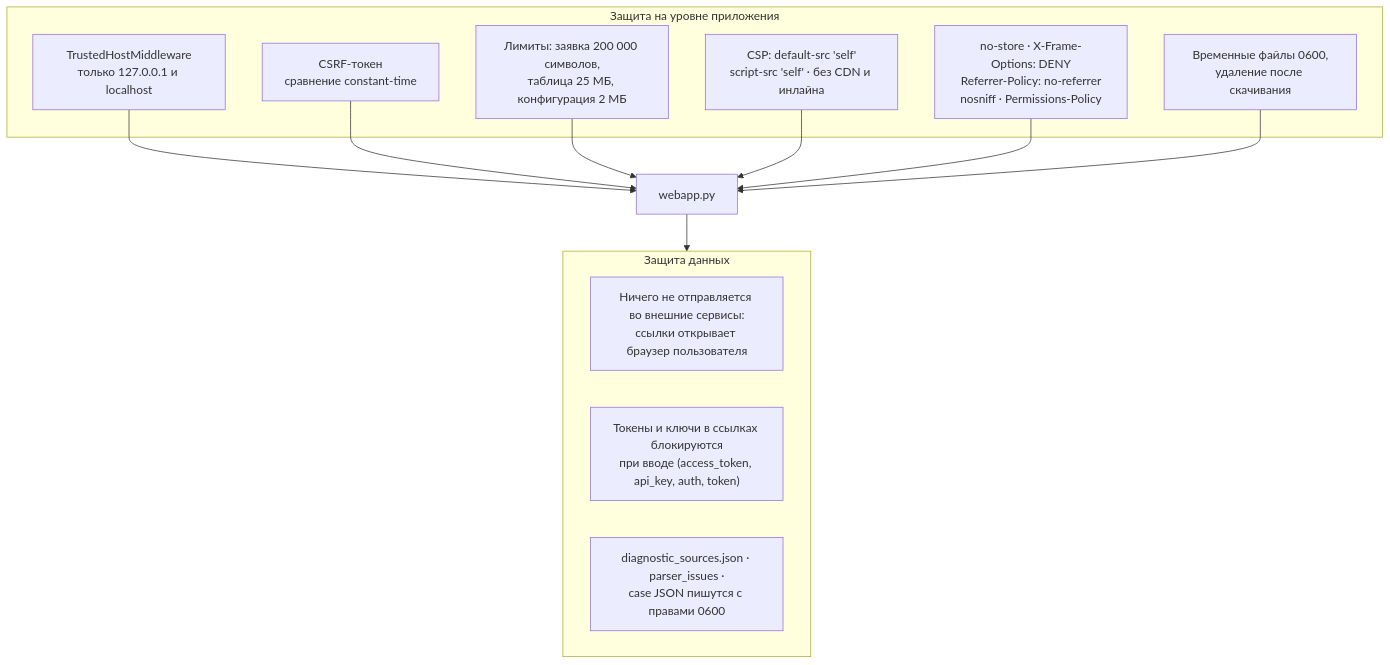
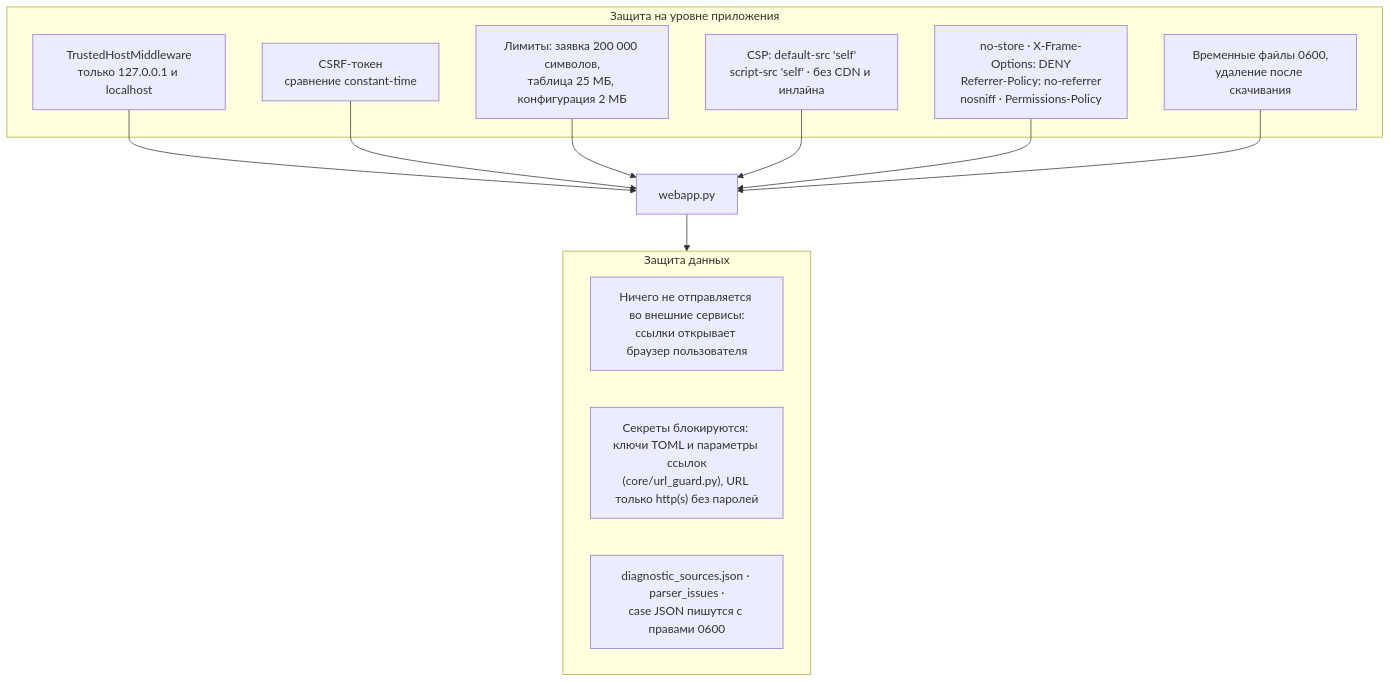
One commit to shifter1710/l2tool changed diagram 11 of 12 in docs/ARCHITECTURE.md. Above: the diagram before and after it, drawn with Mermaid. The commit also changed other lines of this file and 10 other files, not shown here.

````diff
--- a/docs/ARCHITECTURE.md
+++ b/docs/ARCHITECTURE.md
@@ -502,25 +510,25 @@
 ```mermaid
 flowchart TB
     subgraph guard["Защита на уровне приложения"]
         host["TrustedHostMiddleware<br/>только 127.0.0.1 и localhost"]
         csrf["CSRF-токен<br/>сравнение constant-time"]
         limits["Лимиты: заявка 200 000 символов,<br/>таблица 25 МБ, конфигурация 2 МБ"]
         csp["CSP: default-src 'self'<br/>script-src 'self' · без CDN и инлайна"]
         headers["no-store · X-Frame-Options: DENY<br/>Referrer-Policy: no-referrer<br/>nosniff · Permissions-Policy"]
         tmp["Временные файлы 0600,<br/>удаление после скачивания"]
     end
 
     subgraph data["Защита данных"]
         local["Ничего не отправляется во внешние сервисы:<br/>ссылки открывает браузер пользователя"]
-        secrets["Токены и ключи в ссылках блокируются<br/>при вводе (access_token, api_key, auth, token)"]
+        secrets["Секреты блокируются: ключи TOML и параметры ссылок<br/>(core/url_guard.py), URL только http(s) без паролей"]
         perms["diagnostic_sources.json · parser_issues ·<br/>case JSON пишутся с правами 0600"]
     end
 
     host --> webapp3["webapp.py"]
     csrf --> webapp3
     limits --> webapp3
     csp --> webapp3
     headers --> webapp3
     tmp --> webapp3
     webapp3 --> data
 ```
````
